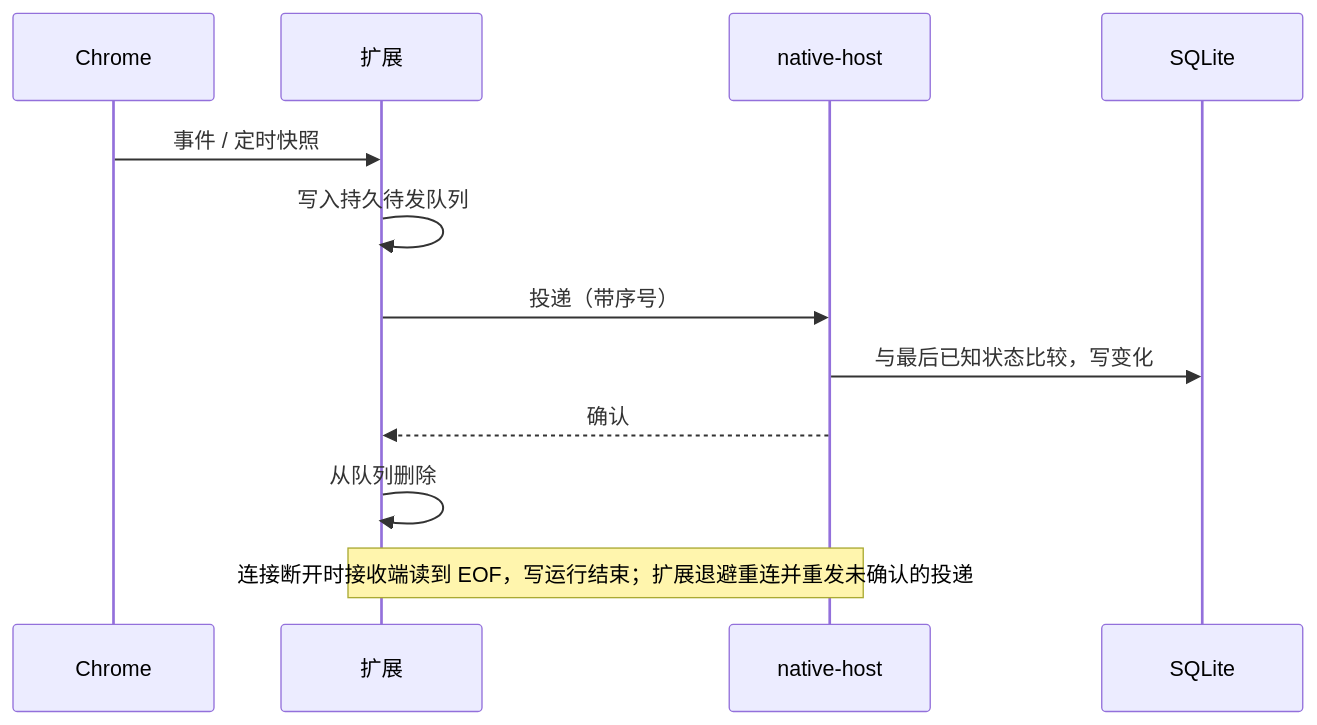
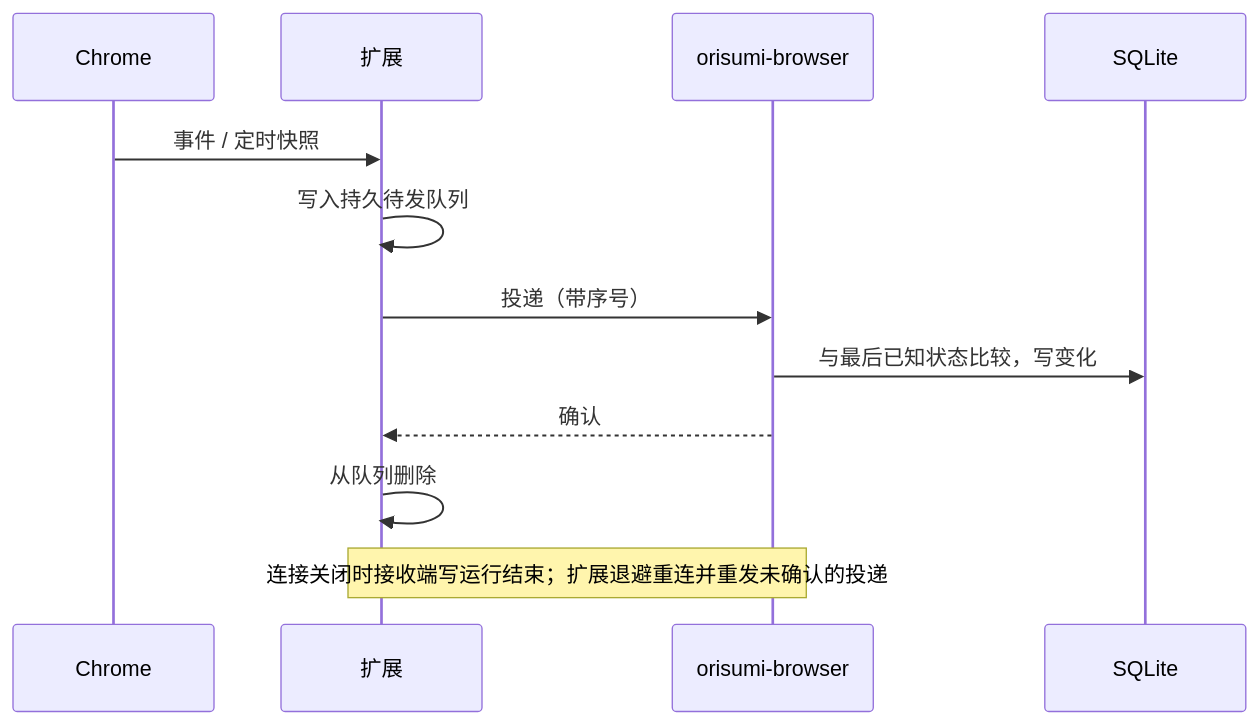
Before and after one commit to shenxianovo/Orisumi: the second of 2 diagrams in src/Orisumi.Docs/content/docs/overview/architecture.mdx, drawn with Mermaid. The commit also changed other lines of this file and 40 other files, not shown here.

Commit message:
feat: run every collector as a LaunchAgent under a signed Orisumi.app and receive the browser over WebSocket

````diff
--- a/src/Orisumi.Docs/content/docs/overview/architecture.mdx
+++ b/src/Orisumi.Docs/content/docs/overview/architecture.mdx
@@ -65,14 +65,14 @@
 ```mermaid
 sequenceDiagram
   participant C as Chrome
   participant E as 扩展
-  participant H as native-host
+  participant H as orisumi-browser
   participant D as SQLite
   C->>E: 事件 / 定时快照
   E->>E: 写入持久待发队列
   E->>H: 投递（带序号）
   H->>D: 与最后已知状态比较，写变化
   H-->>E: 确认
   E->>E: 从队列删除
-  Note over E,H: 连接断开时接收端读到 EOF，写运行结束；扩展退避重连并重发未确认的投递
+  Note over E,H: 连接关闭时接收端写运行结束；扩展退避重连并重发未确认的投递
 ```
````
